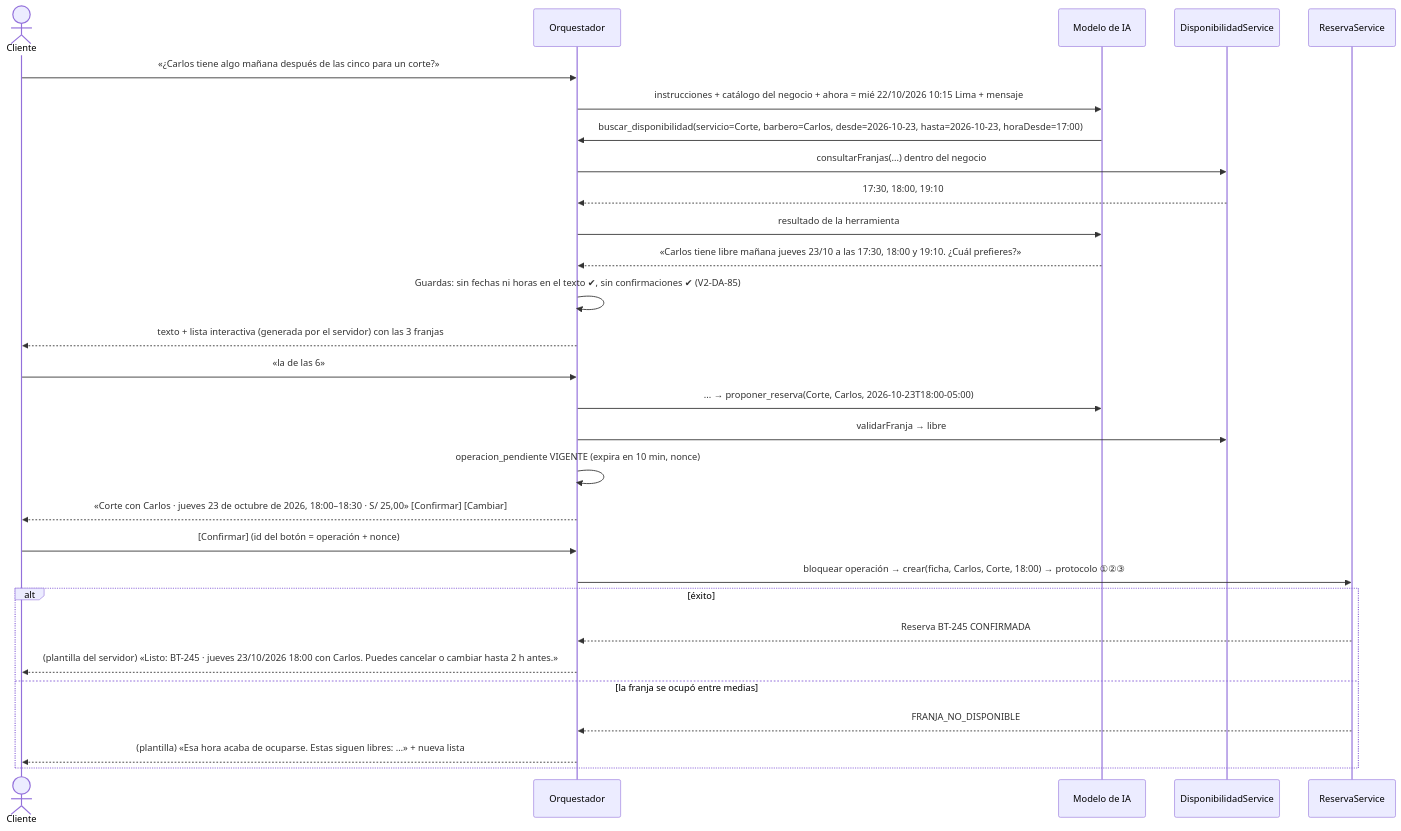
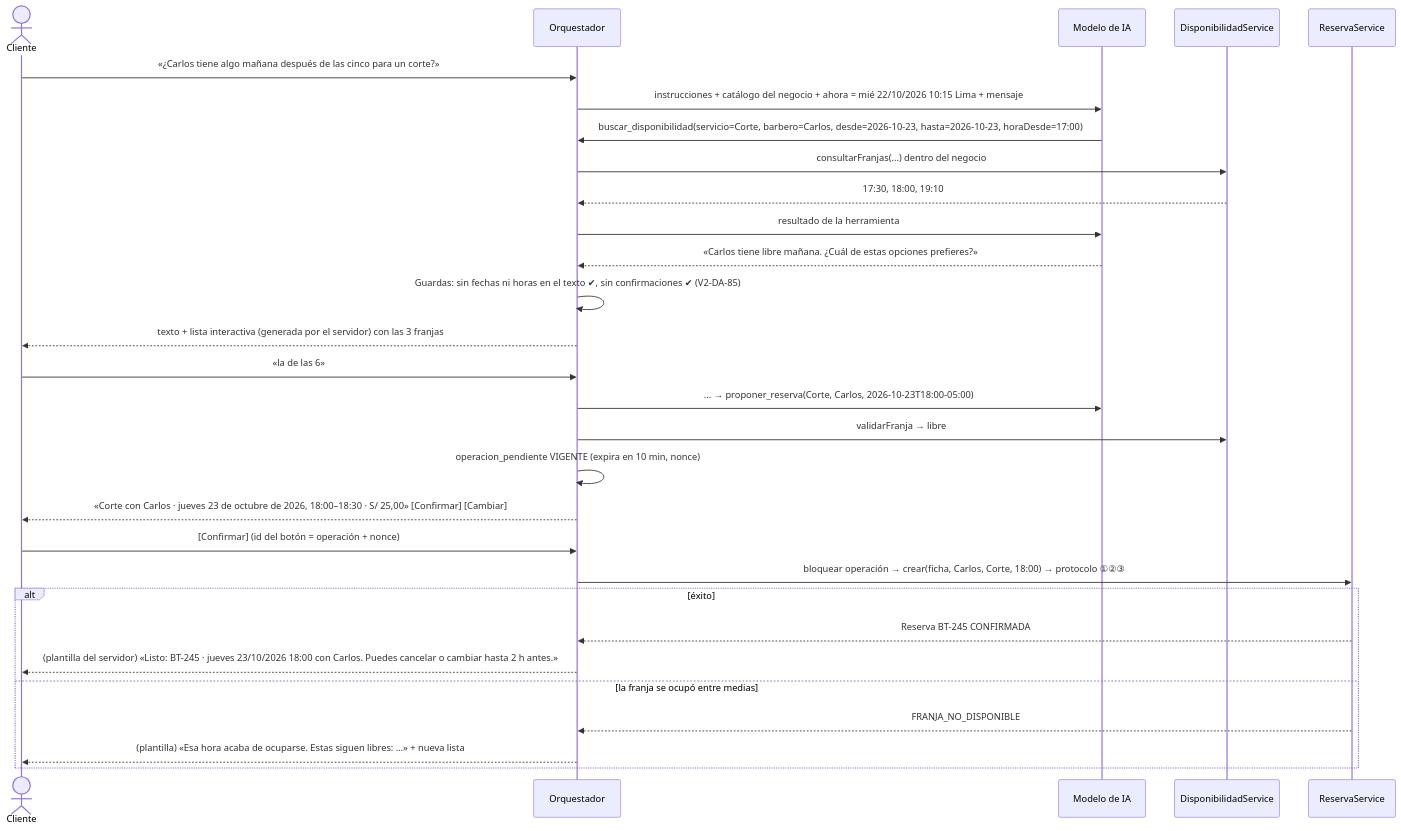
One commit to sohnny-lima/BarberTurno changed the third of 3 diagrams in docs/v2/06-flujos.md. Above: the diagram before and after it, drawn with Mermaid.

Commit message:
docs(v2): el diagrama del turno de IA no cita horas en el texto del modelo (V2-DA-85) [V2-12]
Hallazgo 5 de la revisión 136 (Codex).

````diff
--- a/docs/v2/06-flujos.md
+++ b/docs/v2/06-flujos.md
@@ -84,31 +84,31 @@
 ```mermaid
 sequenceDiagram
   actor C as Cliente
   participant O as Orquestador
   participant L as Modelo de IA
   participant D as DisponibilidadService
   participant R as ReservaService
   C->>O: «¿Carlos tiene algo mañana después de las cinco para un corte?»
   O->>L: instrucciones + catálogo del negocio + ahora = mié 22/10/2026 10:15 Lima + mensaje
   L->>O: buscar_disponibilidad(servicio=Corte, barbero=Carlos, desde=2026-10-23, hasta=2026-10-23, horaDesde=17:00)
   O->>D: consultarFranjas(...) dentro del negocio
   D-->>O: 17:30, 18:00, 19:10
   O->>L: resultado de la herramienta
-  L-->>O: «Carlos tiene libre mañana jueves 23/10 a las 17:30, 18:00 y 19:10. ¿Cuál prefieres?»
+  L-->>O: «Carlos tiene libre mañana. ¿Cuál de estas opciones prefieres?»
   O->>O: Guardas: sin fechas ni horas en el texto ✔, sin confirmaciones ✔ (V2-DA-85)
   O-->>C: texto + lista interactiva (generada por el servidor) con las 3 franjas
   C->>O: «la de las 6»
   O->>L: ... → proponer_reserva(Corte, Carlos, 2026-10-23T18:00-05:00)
   O->>D: validarFranja → libre
   O->>O: operacion_pendiente VIGENTE (expira en 10 min, nonce)
   O-->>C: «Corte con Carlos · jueves 23 de octubre de 2026, 18:00–18:30 · S/ 25,00» [Confirmar] [Cambiar]
   C->>O: [Confirmar] (id del botón = operación + nonce)
   O->>R: bloquear operación → crear(ficha, Carlos, Corte, 18:00) → protocolo ①②③
   alt éxito
     R-->>O: Reserva BT-245 CONFIRMADA
     O-->>C: (plantilla del servidor) «Listo: BT-245 · jueves 23/10/2026 18:00 con Carlos. Puedes cancelar o cambiar hasta 2 h antes.»
   else la franja se ocupó entre medias
     R-->>O: FRANJA_NO_DISPONIBLE
     O-->>C: (plantilla) «Esa hora acaba de ocuparse. Estas siguen libres: …» + nueva lista
   end
 ```
````
